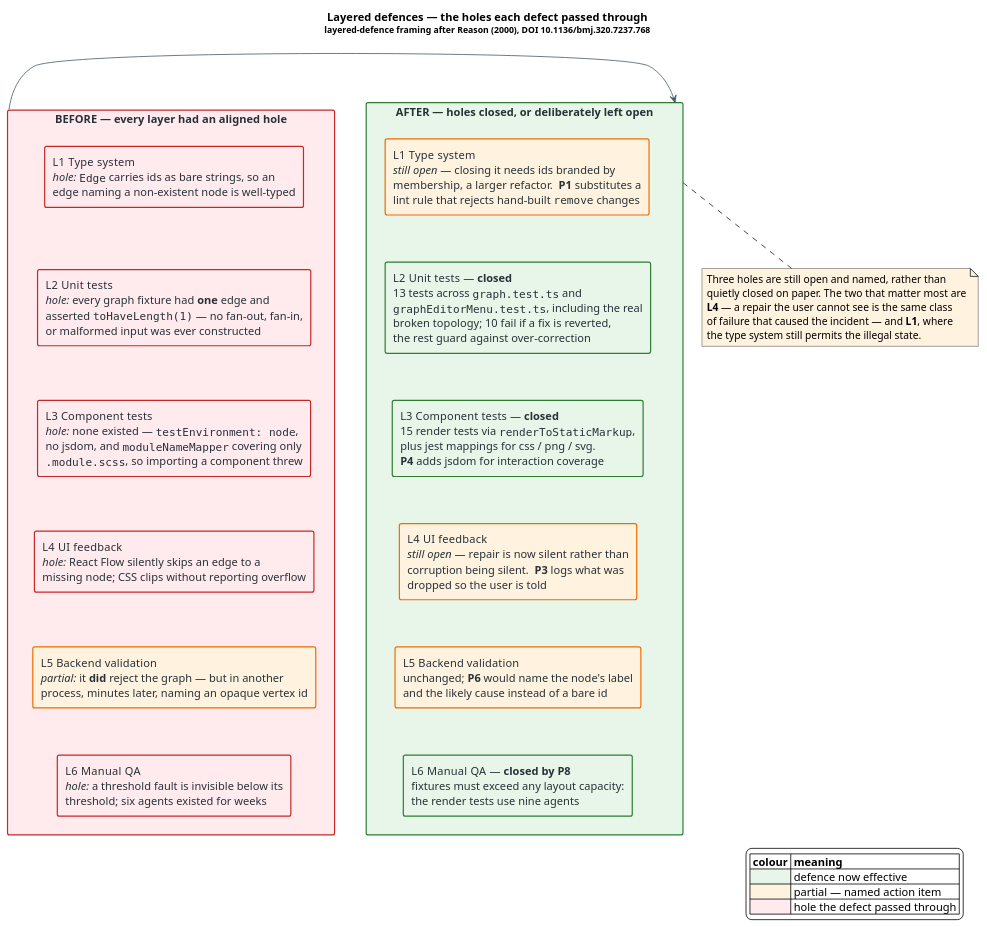
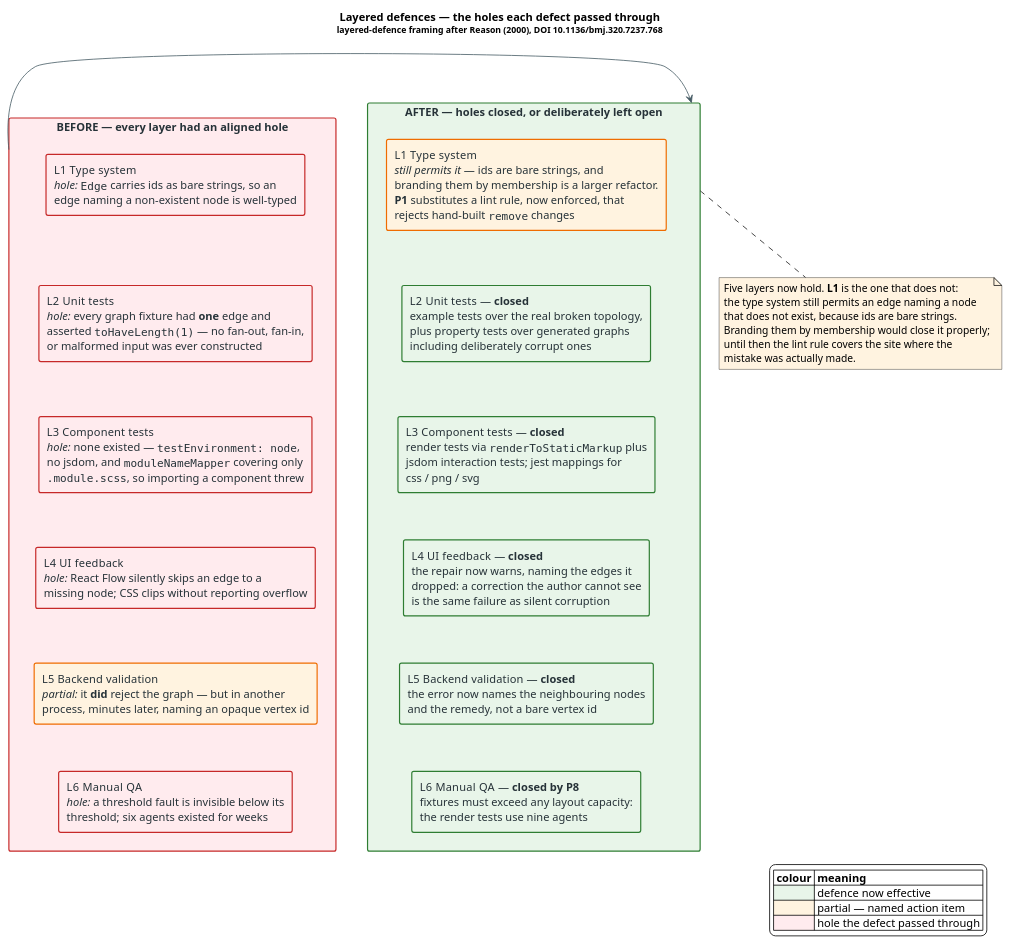
The diagram in docs/post-mortems/diagrams/06-defence-layers.puml (F1R3FLY-io/embers-frontend), drawn with PlantUML before and after one commit. The commit also changed 5 other files, not shown here.

First line of the commit message:
docs: record the standards drawn from the incident, and close out its action items

```diff
--- a/docs/post-mortems/diagrams/06-defence-layers.puml
+++ b/docs/post-mortems/diagrams/06-defence-layers.puml
@@ -1,59 +1,60 @@
 @startuml
 ' Which layer should have stopped each defect, and the hole it slipped through.
 ' The layered-defence framing follows Reason (2000), DOI 10.1136/bmj.320.7237.768:
 ' an incident requires every layer to have an aligned hole.
 title Layered defences — the holes each defect passed through\n<size:11>layered-defence framing after Reason (2000), DOI 10.1136/bmj.320.7237.768</size>
 
 skinparam backgroundColor #FFFFFF
 skinparam defaultFontName Helvetica
 skinparam shadowing false
 skinparam rectangle {
   BorderThickness 1.5
   FontColor #263238
 }
 
 rectangle "**BEFORE** — every layer had an aligned hole" as B #line:C62828;back:FFEBEE {
   rectangle "L1  Type system\n<i>hole:</i> ""Edge"" carries ids as bare strings, so an\nedge naming a non-existent node is well-typed" as B1 #line:C62828;back:FFEBEE
   rectangle "L2  Unit tests\n<i>hole:</i> every graph fixture had **one** edge and\nasserted ""toHaveLength(1)"" — no fan-out, fan-in,\nor malformed input was ever constructed" as B2 #line:C62828;back:FFEBEE
   rectangle "L3  Component tests\n<i>hole:</i> none existed — ""testEnvironment: node"",\nno jsdom, and ""moduleNameMapper"" covering only\n"".module.scss"", so importing a component threw" as B3 #line:C62828;back:FFEBEE
   rectangle "L4  UI feedback\n<i>hole:</i> React Flow silently skips an edge to a\nmissing node; CSS clips without reporting overflow" as B4 #line:C62828;back:FFEBEE
   rectangle "L5  Backend validation\n<i>partial:</i> it **did** reject the graph — but in another\nprocess, minutes later, naming an opaque vertex id" as B5 #line:EF6C00;back:FFF3E0
   rectangle "L6  Manual QA\n<i>hole:</i> a threshold fault is invisible below its\nthreshold; six agents existed for weeks" as B6 #line:C62828;back:FFEBEE
   B1 -[hidden]down- B2
   B2 -[hidden]down- B3
   B3 -[hidden]down- B4
   B4 -[hidden]down- B5
   B5 -[hidden]down- B6
 }
 
 rectangle "**AFTER** — holes closed, or deliberately left open" as A #line:2E7D32;back:E8F5E9 {
-  rectangle "L1  Type system\n<i>still open</i> — closing it needs ids branded by\nmembership, a larger refactor.  **P1** substitutes a\nlint rule that rejects hand-built ""remove"" changes" as A1 #line:EF6C00;back:FFF3E0
-  rectangle "L2  Unit tests — **closed**\n13 tests across ""graph.test.ts"" and\n""graphEditorMenu.test.ts"", including the real\nbroken topology; 10 fail if a fix is reverted,\nthe rest guard against over-correction" as A2 #line:2E7D32;back:E8F5E9
-  rectangle "L3  Component tests — **closed**\n15 render tests via ""renderToStaticMarkup"",\nplus jest mappings for css / png / svg.\n**P4** adds jsdom for interaction coverage" as A3 #line:2E7D32;back:E8F5E9
-  rectangle "L4  UI feedback\n<i>still open</i> — repair is now silent rather than\ncorruption being silent.  **P3** logs what was\ndropped so the user is told" as A4 #line:EF6C00;back:FFF3E0
-  rectangle "L5  Backend validation\nunchanged; **P6** would name the node's label\nand the likely cause instead of a bare id" as A5 #line:EF6C00;back:FFF3E0
+  rectangle "L1  Type system\n<i>still permits it</i> — ids are bare strings, and\nbranding them by membership is a larger refactor.\n**P1** substitutes a lint rule, now enforced, that\nrejects hand-built ""remove"" changes" as A1 #line:EF6C00;back:FFF3E0
+  rectangle "L2  Unit tests — **closed**\nexample tests over the real broken topology,\nplus property tests over generated graphs\nincluding deliberately corrupt ones" as A2 #line:2E7D32;back:E8F5E9
+  rectangle "L3  Component tests — **closed**\nrender tests via ""renderToStaticMarkup"" plus\njsdom interaction tests; jest mappings for\ncss / png / svg" as A3 #line:2E7D32;back:E8F5E9
+  rectangle "L4  UI feedback — **closed**\nthe repair now warns, naming the edges it\ndropped: a correction the author cannot see\nis the same failure as silent corruption" as A4 #line:2E7D32;back:E8F5E9
+  rectangle "L5  Backend validation — **closed**\nthe error now names the neighbouring nodes\nand the remedy, not a bare vertex id" as A5 #line:2E7D32;back:E8F5E9
   rectangle "L6  Manual QA — **closed by P8**\nfixtures must exceed any layout capacity:\nthe render tests use nine agents" as A6 #line:2E7D32;back:E8F5E9
   A1 -[hidden]down- A2
   A2 -[hidden]down- A3
   A3 -[hidden]down- A4
   A4 -[hidden]down- A5
   A5 -[hidden]down- A6
 }
 
 B -right[#455A64]-> A
 
 note bottom of A #FFF3E0
-  Three holes are still open and named, rather than
-  quietly closed on paper. The two that matter most are
-  **L4** — a repair the user cannot see is the same class
-  of failure that caused the incident — and **L1**, where
-  the type system still permits the illegal state.
+  Five layers now hold. **L1** is the one that does not:
+  the type system still permits an edge naming a node
+  that does not exist, because ids are bare strings.
+  Branding them by membership would close it properly;
+  until then the lint rule covers the site where the
+  mistake was actually made.
 end note
 
 legend right
   |= colour |= meaning |
   |<#E8F5E9>| defence now effective |
   |<#FFF3E0>| partial — named action item |
   |<#FFEBEE>| hole the defect passed through |
 endlegend
 @enduml
```
